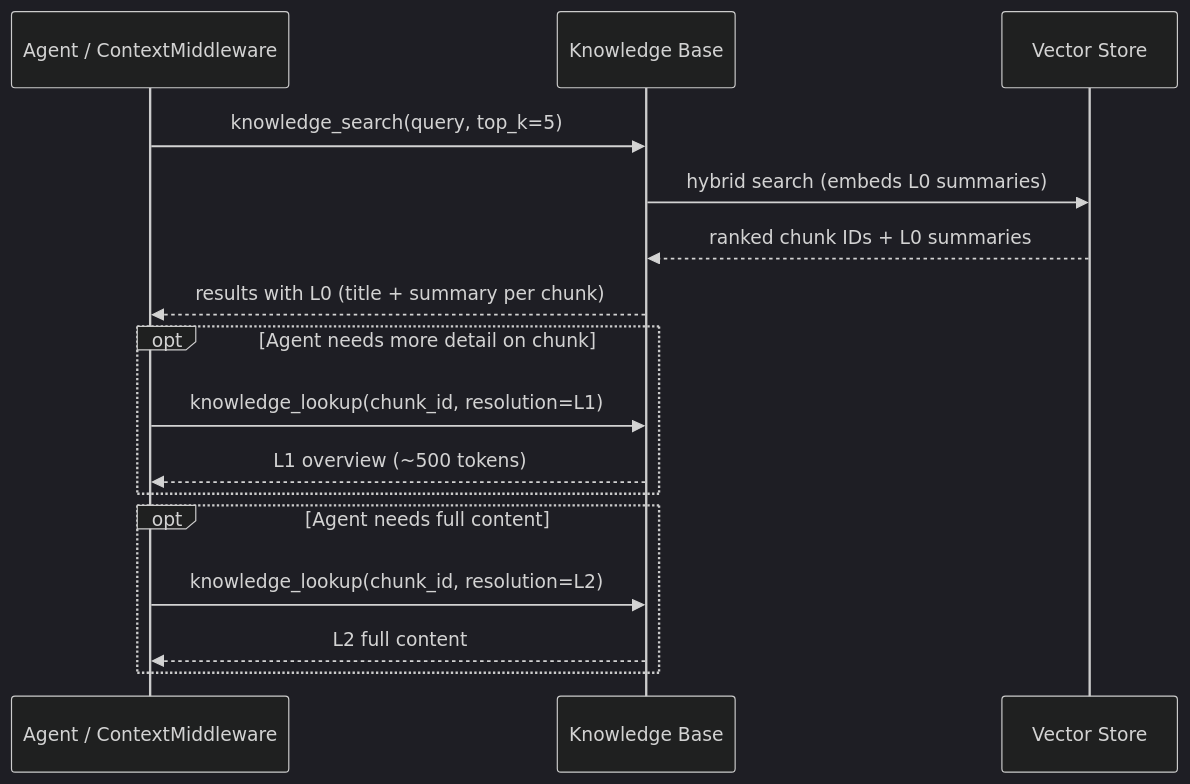
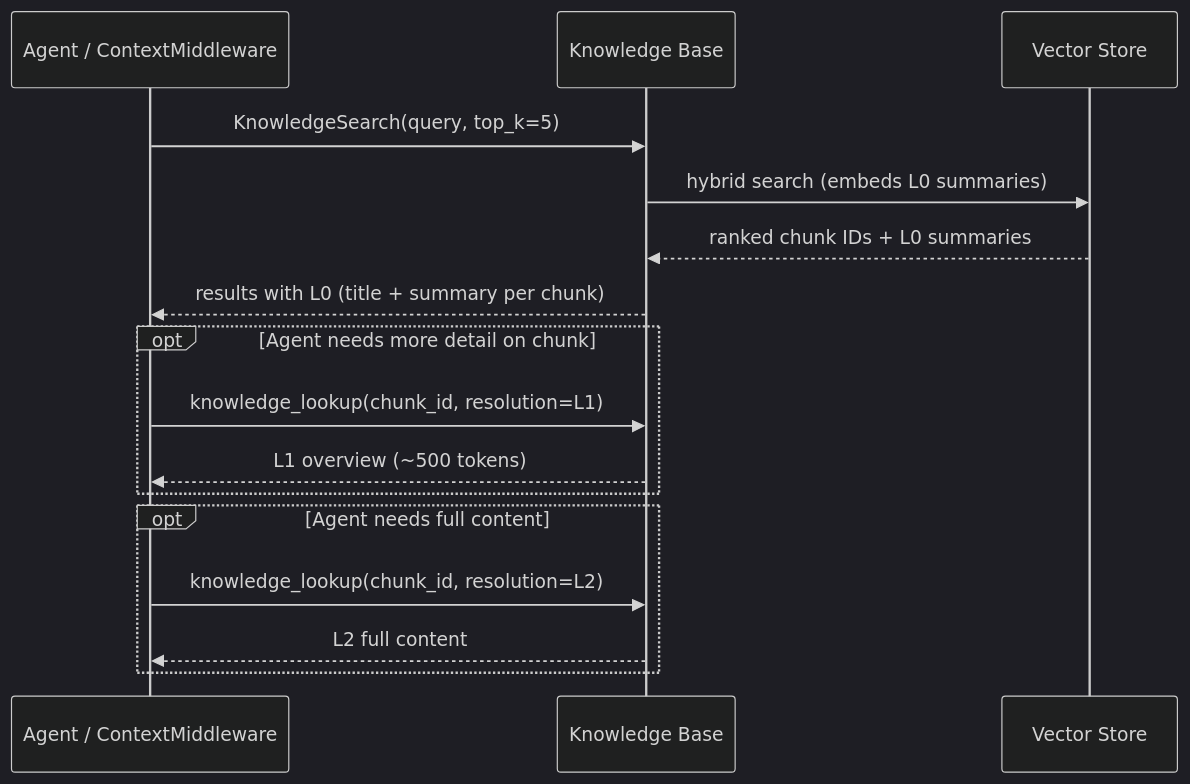
Before and after one commit to gorgiaxx/y-agent: the eighth of 11 diagrams in docs/design/knowledge-base-design.md, drawn with Mermaid (dark theme). The commit also changed other lines of this file and 41 other files, not shown here.

````diff
--- a/docs/design/knowledge-base-design.md
+++ b/docs/design/knowledge-base-design.md
@@ -558,21 +558,21 @@
 ```mermaid
 sequenceDiagram
     participant A as Agent / ContextMiddleware
     participant KB as Knowledge Base
     participant VS as Vector Store
 
-    A->>KB: knowledge_search(query, top_k=5)
+    A->>KB: KnowledgeSearch(query, top_k=5)
     KB->>VS: hybrid search (embeds L0 summaries)
     VS-->>KB: ranked chunk IDs + L0 summaries
     KB-->>A: results with L0 (title + summary per chunk)
 
     opt Agent needs more detail on chunk #3
         A->>KB: knowledge_lookup(chunk_id, resolution=L1)
         KB-->>A: L1 overview (~500 tokens)
     end
 
     opt Agent needs full content
         A->>KB: knowledge_lookup(chunk_id, resolution=L2)
         KB-->>A: L2 full content
     end
 ```
````
